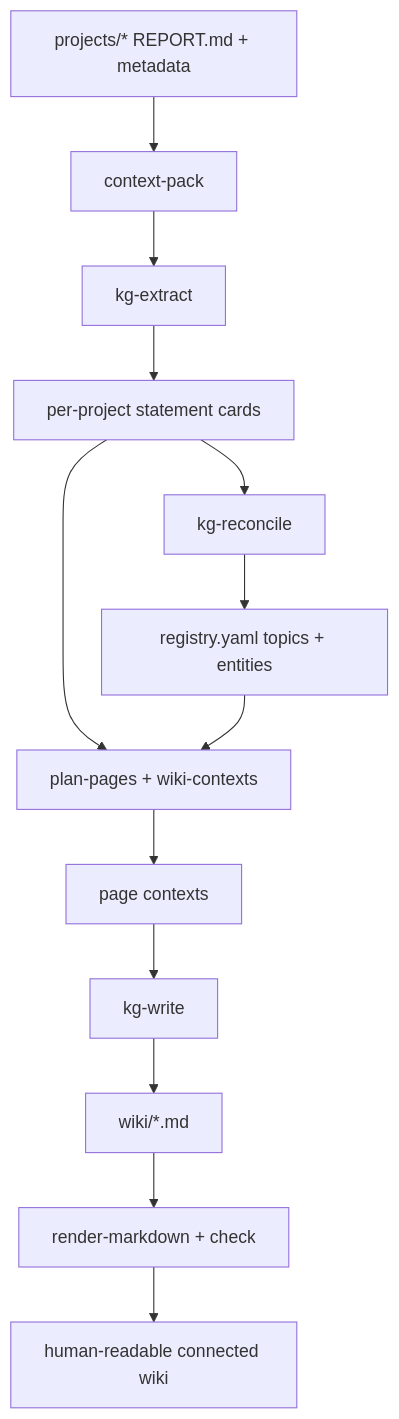
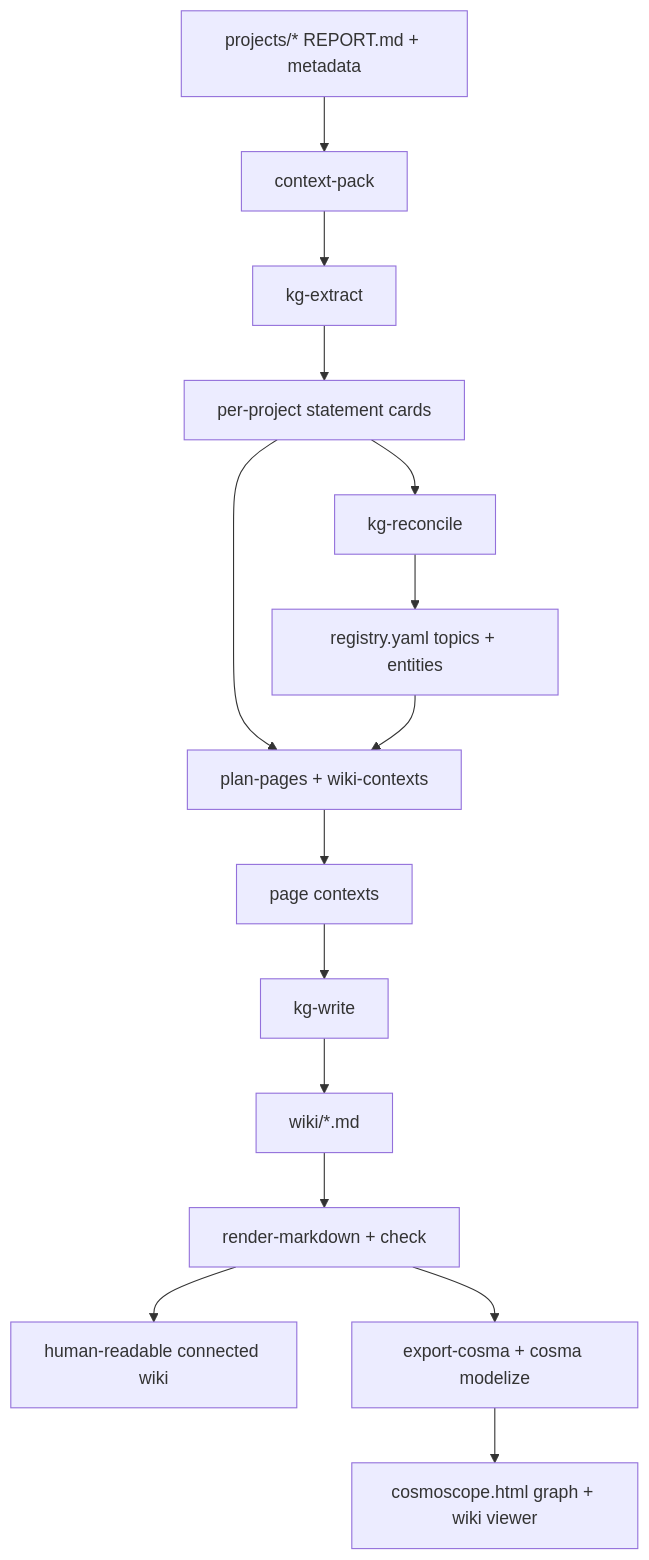
The diagram in docs/kg-wiki/methodology.md (kbaseincubator/BERIL-research-observatory), drawn with Mermaid before and after one commit. The commit also changed other lines of this file and 1 other file, not shown here.

First line of the commit message:
docs(kg-wiki): document the Cosma viewer step

````diff
--- a/docs/kg-wiki/methodology.md
+++ b/docs/kg-wiki/methodology.md
@@ -37,15 +39,17 @@
 ```mermaid
 flowchart TD
     A[projects/* REPORT.md + metadata] --> B[context-pack]
     B --> C[kg-extract]
     C --> D[per-project statement cards]
     D --> E[kg-reconcile]
     E --> F[registry.yaml topics + entities]
     D --> G[plan-pages + wiki-contexts]
     F --> G
     G --> H[page contexts]
     H --> I[kg-write]
     I --> J[wiki/*.md]
     J --> K[render-markdown + check]
     K --> L[human-readable connected wiki]
+    K --> M[export-cosma + cosma modelize]
+    M --> N[cosmoscope.html graph + wiki viewer]
 ```
````
